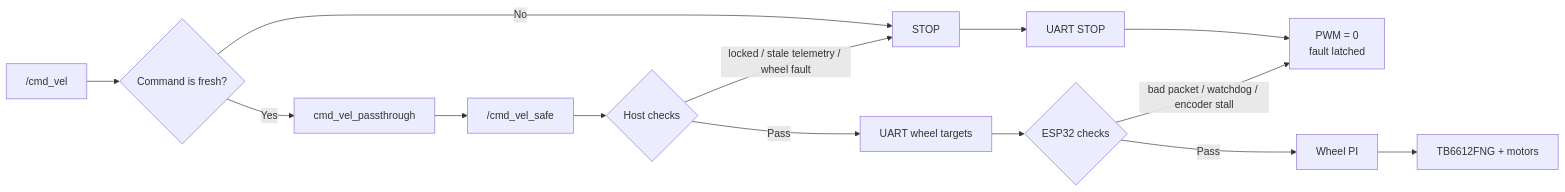
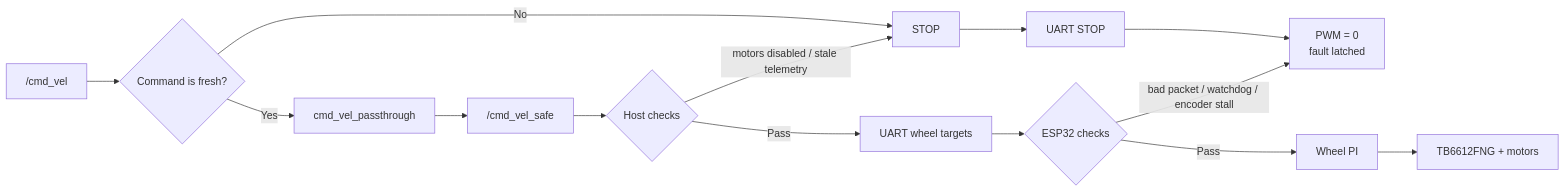
The second of 3 diagrams in README.md (nattannsra18/amr-base-driver), drawn with Mermaid before and after one commit. The commit also changed other lines of this file and 7 other files, not shown here.

Commit message:
fix(robot): remove host wheel feedback lock (#1)

````diff
--- a/README.md
+++ b/README.md
@@ -218,16 +218,16 @@
 ```mermaid
 flowchart LR
   command["/cmd_vel"] --> fresh{"Command is fresh?"}
   fresh -- No --> stop["STOP"]
   fresh -- Yes --> relay["cmd_vel_passthrough"]
   relay --> safe["/cmd_vel_safe"]
   safe --> host{"Host checks"}
-  host -- "locked / stale telemetry / wheel fault" --> stop
+  host -- "motors disabled / stale telemetry" --> stop
   host -- Pass --> serial["UART wheel targets"]
   serial --> mcu{"ESP32 checks"}
   mcu -- "bad packet / watchdog / encoder stall" --> pwm0["PWM = 0<br/>fault latched"]
   mcu -- Pass --> pi["Wheel PI"]
   pi --> motors["TB6612FNG + motors"]
   stop --> serialstop["UART STOP"]
   serialstop --> pwm0
 ```
````
